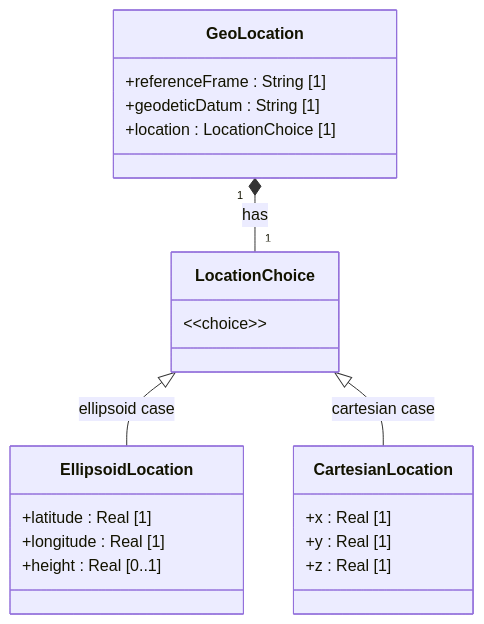
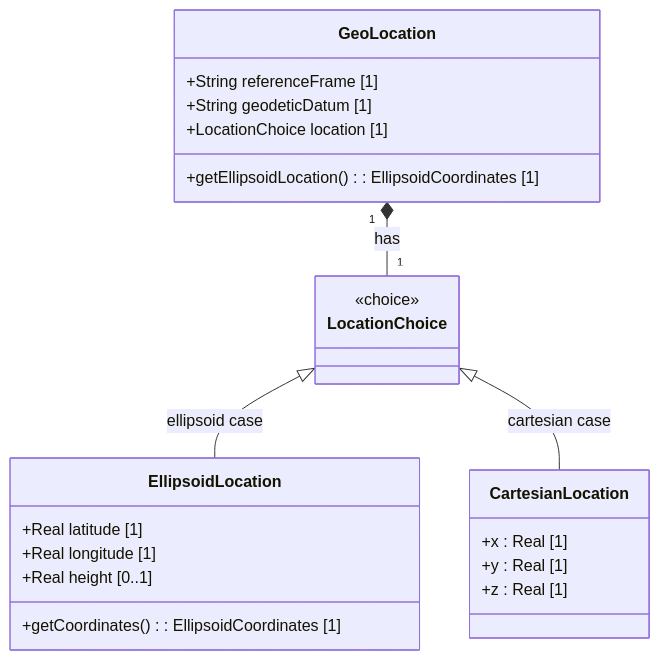
One commit to gintatkinson/dep-tst40 changed the diagram in docs/features/feat-03-ellipsoid-location.md. Above: the diagram before and after it, drawn with Mermaid. The commit also changed other lines of this file and 10 other files, not shown here.

First line of the commit message:
docs: fix UML compliance — placeholders, multiplicities, return messages, operations

````diff
--- a/docs/features/feat-03-ellipsoid-location.md
+++ b/docs/features/feat-03-ellipsoid-location.md
@@ -19,24 +19,25 @@
 ```mermaid
 classDiagram
     class GeoLocation {
-        +referenceFrame : String [1]
-        +geodeticDatum : String [1]
-        +location : LocationChoice [1]
+        +String referenceFrame [1]
+        +String geodeticDatum [1]
+        +LocationChoice location [1]
+        +getEllipsoidLocation() : EllipsoidCoordinates [1]
     }
-    class LocationChoice {
-        &lt;&lt;choice&gt;&gt;
-    }
+    class LocationChoice
+    <<choice>> LocationChoice
     class EllipsoidLocation {
-        +latitude : Real [1]
-        +longitude : Real [1]
-        +height : Real [0..1]
+        +Real latitude [1]
+        +Real longitude [1]
+        +Real height [0..1]
+        +getCoordinates() : EllipsoidCoordinates [1]
     }
     class CartesianLocation {
         +x : Real [1]
         +y : Real [1]
         +z : Real [1]
     }
     GeoLocation "1" *-- "1" LocationChoice : has
     LocationChoice <|-- EllipsoidLocation : ellipsoid case
     LocationChoice <|-- CartesianLocation : cartesian case
 ```
````
